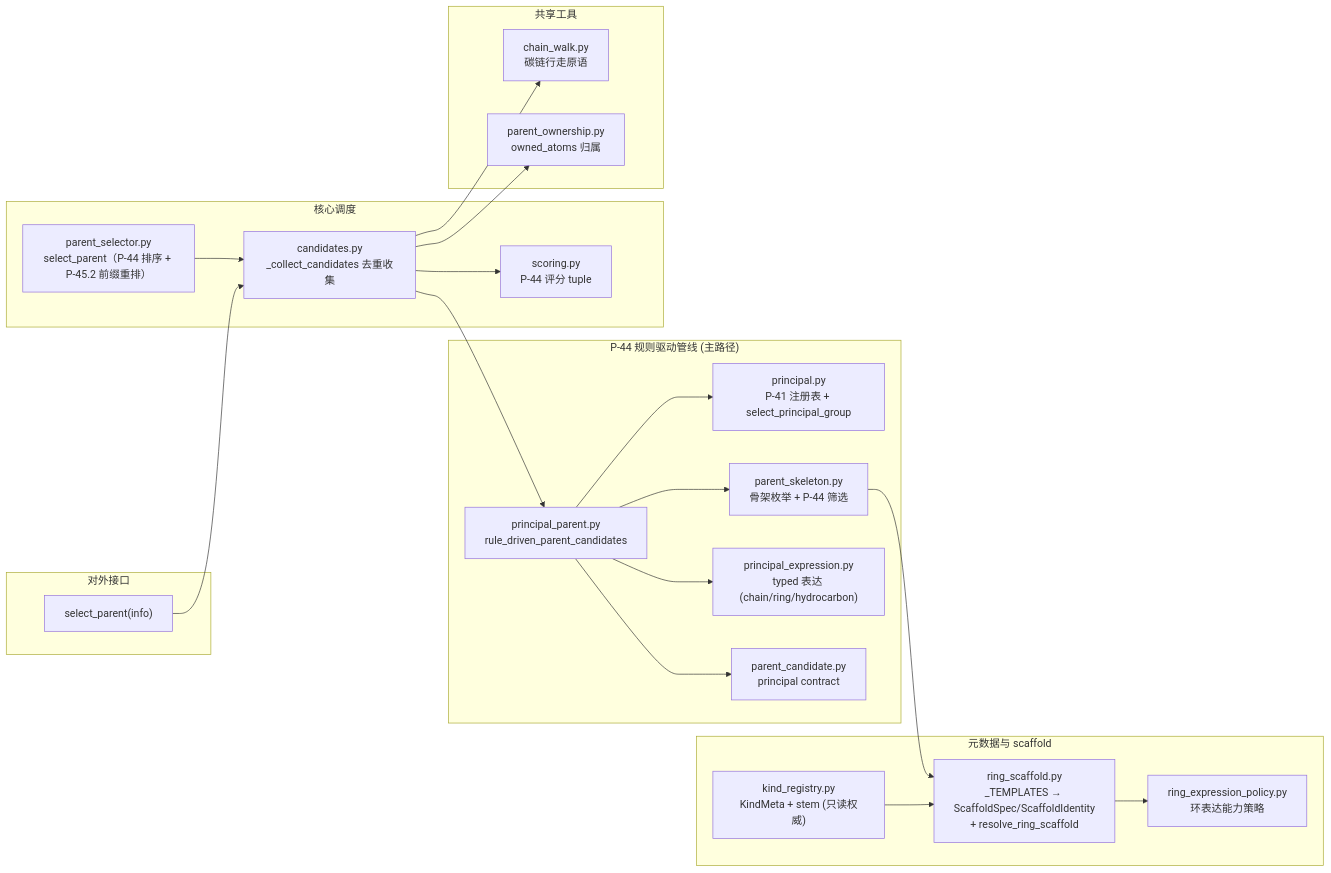
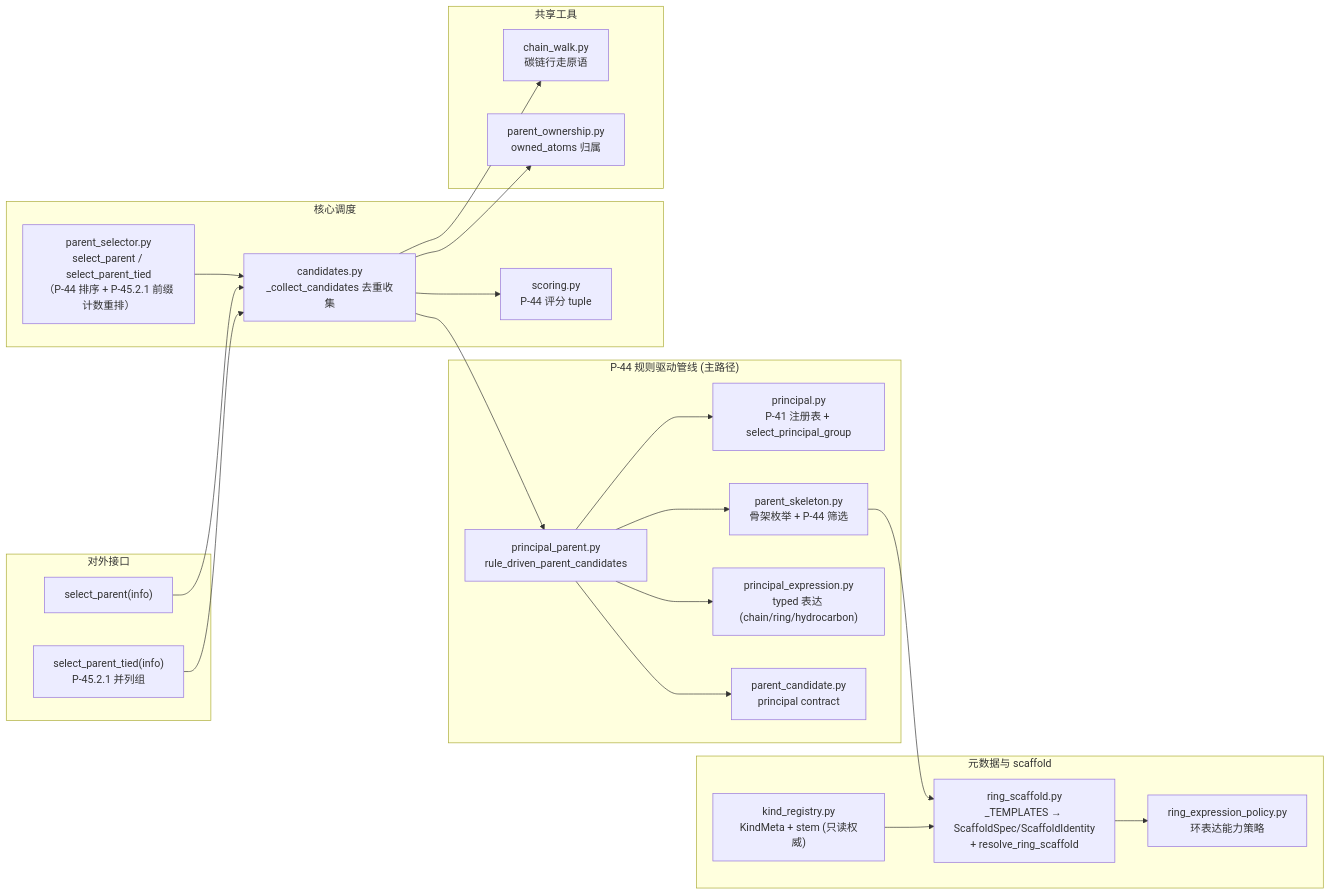
The fourth of 4 diagrams in docs/wiki/architecture/layer2-parent-selector.md (zouxiaofei1/OpenSMILES), drawn with Mermaid before and after one commit. The commit also changed other lines of this file and 13 other files, not shown here.

````diff
--- a/docs/wiki/architecture/layer2-parent-selector.md
+++ b/docs/wiki/architecture/layer2-parent-selector.md
@@ -235,41 +255,43 @@
 ```mermaid
 flowchart LR
     subgraph Public_API["对外接口"]
         SP["select_parent(info)"]
+        SPT["select_parent_tied(info)<br/>P-45.2.1 并列组"]
     end
 
     subgraph Principal["P-44 规则驱动管线 (主路径)"]
         PR["principal.py<br/>P-41 注册表 + select_principal_group"]
         SKEL["parent_skeleton.py<br/>骨架枚举 + P-44 筛选"]
         PEXPR["principal_expression.py<br/>typed 表达 (chain/ring/hydrocarbon)"]
         PPR["principal_parent.py<br/>rule_driven_parent_candidates"]
         PCAND["parent_candidate.py<br/>principal contract"]
     end
 
     subgraph Core["核心调度"]
         CAND["candidates.py<br/>_collect_candidates 去重收集"]
         SCORE["scoring.py<br/>P-44 评分 tuple"]
-        PSEL["parent_selector.py<br/>select_parent（P-44 排序 + P-45.2 前缀重排）"]
+        PSEL["parent_selector.py<br/>select_parent / select_parent_tied<br/>（P-44 排序 + P-45.2.1 前缀计数重排）"]
     end
 
     subgraph Registry["元数据与 scaffold"]
         KR["kind_registry.py<br/>KindMeta + stem (只读权威)"]
         RSCAFF["ring_scaffold.py<br/>_TEMPLATES → ScaffoldSpec/ScaffoldIdentity<br/>+ resolve_ring_scaffold"]
         REP["ring_expression_policy.py<br/>环表达能力策略"]
     end
 
     subgraph Utilities["共享工具"]
         CW["chain_walk.py<br/>碳链行走原语"]
         OWN["parent_ownership.py<br/>owned_atoms 归属"]
     end
 
     PSEL --> CAND
     SP --> CAND
+    SPT --> CAND
     CAND --> PPR
     PPR --> PR & SKEL & PEXPR & PCAND
     SKEL --> RSCAFF
     KR --> RSCAFF
     RSCAFF --> REP
     CAND --> SCORE & OWN
     CAND --> CW
 ```
````
